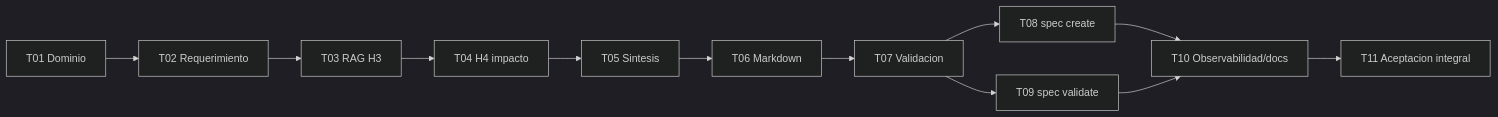
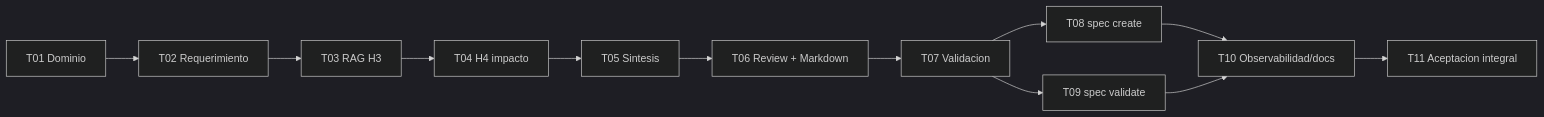
One commit to fcamasca/barbarion changed the diagram in specs/H5-SpecMode/tasks.md. Above: the diagram before and after it, drawn with Mermaid (dark theme). The commit also changed other lines of this file and 3 other files, not shown here.

````diff
--- a/specs/H5-SpecMode/tasks.md
+++ b/specs/H5-SpecMode/tasks.md
@@ -129,14 +129,14 @@
 ```mermaid
 flowchart LR
     T01["T01 Dominio"] --> T02["T02 Requerimiento"]
     T02 --> T03["T03 RAG H3"]
     T03 --> T04["T04 H4 impacto"]
     T04 --> T05["T05 Sintesis"]
-    T05 --> T06["T06 Markdown"]
+    T05 --> T06["T06 Review + Markdown"]
     T06 --> T07["T07 Validacion"]
     T07 --> T08["T08 spec create"]
     T07 --> T09["T09 spec validate"]
     T08 --> T10["T10 Observabilidad/docs"]
     T09 --> T10
     T10 --> T11["T11 Aceptacion integral"]
 ```
````
